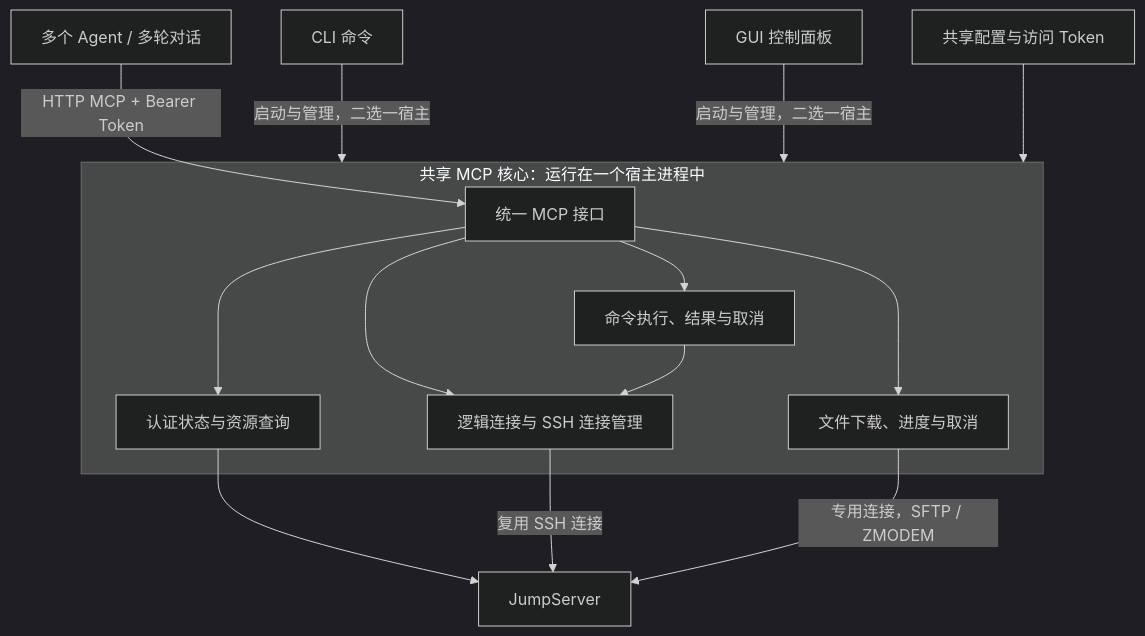
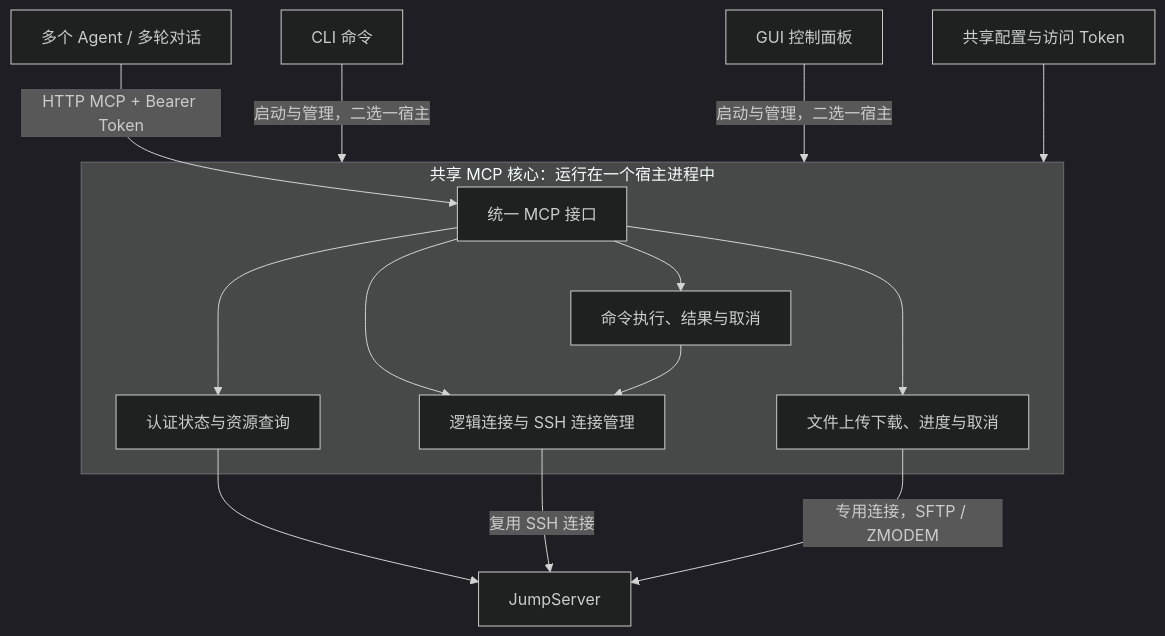
The diagram in docs/specs/agent-mcp.md (cmstar/jumpaccess), drawn with Mermaid (dark theme) before and after one commit. The commit also changed other lines of this file and 35 other files, not shown here.

````diff
--- a/docs/specs/agent-mcp.md
+++ b/docs/specs/agent-mcp.md
@@ -19,17 +19,17 @@
 ```mermaid
 flowchart TB
     Agents[多个 Agent / 多轮对话] -->|HTTP MCP + Bearer Token| Endpoint[统一 MCP 接口]
     CLI[CLI 命令] -->|启动与管理，二选一宿主| Core
     GUI[GUI 控制面板] -->|启动与管理，二选一宿主| Core
     subgraph Core[共享 MCP 核心：运行在一个宿主进程中]
         Endpoint --> Resources[认证状态与资源查询]
         Endpoint --> Connections[逻辑连接与 SSH 连接管理]
         Endpoint --> Executions[命令执行、结果与取消]
-        Endpoint --> Downloads[文件下载、进度与取消]
+        Endpoint --> Downloads[文件上传下载、进度与取消]
         Executions --> Connections
     end
     Resources --> JumpServer[JumpServer]
     Connections -->|复用 SSH 连接| JumpServer
     Downloads -->|专用连接，SFTP / ZMODEM| JumpServer
     Config[共享配置与访问 Token] --> Core
 ```
````
